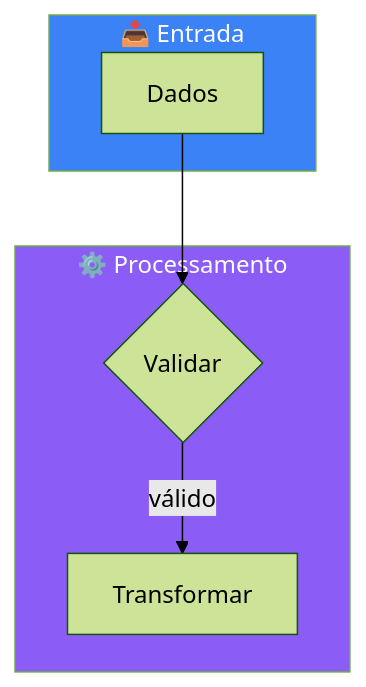
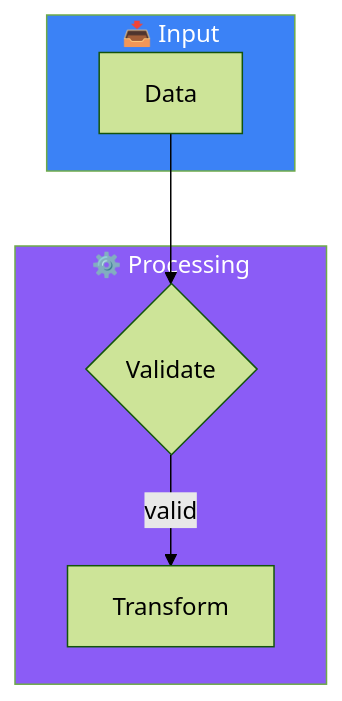
Before and after one commit to felipefontoura/spec-driven-development-book: the sixth of 6 diagrams in CLAUDE.md, drawn with Mermaid (forest theme). The commit also changed other lines of this file and 21 other files, not shown here.

````diff
--- a/CLAUDE.md
+++ b/CLAUDE.md
@@ -96,17 +101,17 @@
 ```mermaid
 flowchart TB
-    subgraph INPUT["📥 Entrada"]
-        A[Dados]
+    subgraph INPUT["📥 Input"]
+        A[Data]
     end
-    
-    subgraph PROCESS["⚙️ Processamento"]
-        B{Validar}
-        C[Transformar]
+
+    subgraph PROCESS["⚙️ Processing"]
+        B{Validate}
+        C[Transform]
     end
-    
+
     A --> B
-    B -->|válido| C
-    
+    B -->|valid| C
+
     style INPUT fill:#3b82f6,color:#fff
     style PROCESS fill:#8b5cf6,color:#fff
 ```
````
